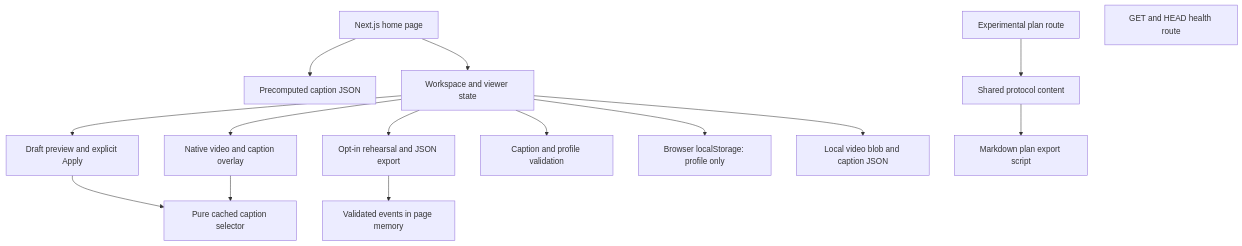
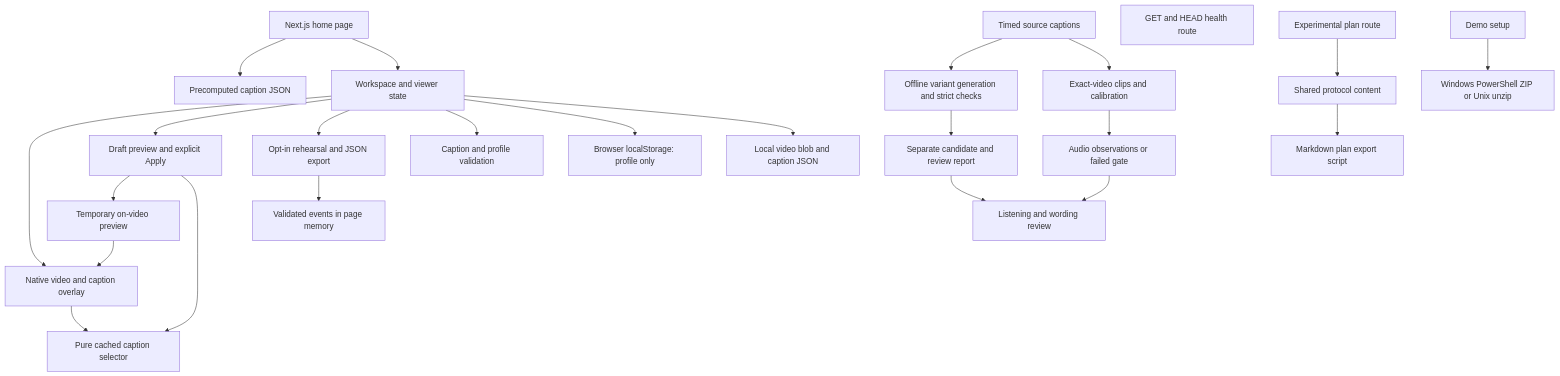
One commit to Immaduddin-Durrani/Scene-Captions changed the diagram in docs/CODEBASE_MAP.md. Above: the diagram before and after it, drawn with Mermaid. The commit also changed other lines of this file and 118 other files, not shown here.

````diff
--- a/docs/CODEBASE_MAP.md
+++ b/docs/CODEBASE_MAP.md
@@ -9,17 +11,26 @@
 ```mermaid
 flowchart TD
   Home[Next.js home page] --> Data[Precomputed caption JSON]
   Home --> Workspace[Workspace and viewer state]
   Workspace --> Player[Native video and caption overlay]
   Workspace --> Preferences[Draft preview and explicit Apply]
+  Preferences --> Temporary[Temporary on-video preview]
+  Temporary --> Player
   Workspace --> Rehearsal[Opt-in rehearsal and JSON export]
   Workspace --> Schema[Caption and profile validation]
   Preferences --> Selector[Pure cached caption selector]
   Player --> Selector
   Workspace --> Profile[Browser localStorage: profile only]
   Workspace --> Imports[Local video blob and caption JSON]
   Rehearsal --> Events[Validated events in page memory]
   PlanRoute[Experimental plan route] --> Plan[Shared protocol content]
   Plan --> Exporter[Markdown plan export script]
   Ping[GET and HEAD health route]
+  Source[Timed source captions] --> Candidate[Offline variant generation and strict checks]
+  Candidate --> Review[Separate candidate and review report]
+  Source --> Audio[Exact-video clips and calibration]
+  Audio --> Gate[Audio observations or failed gate]
+  Gate --> Human[Listening and wording review]
+  Review --> Human
+  Setup[Demo setup] --> Zip[Windows PowerShell ZIP or Unix unzip]
 ```
````
